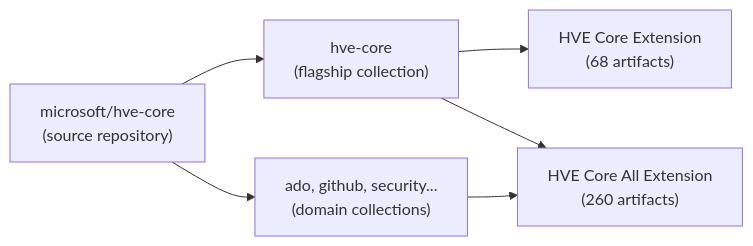
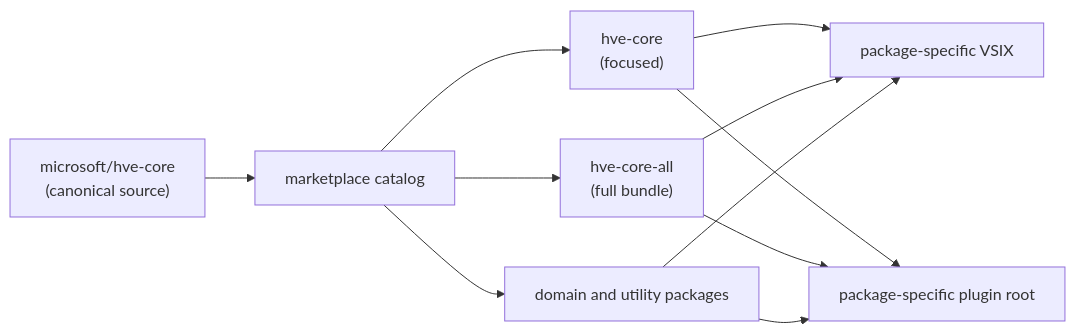
Before and after one commit to MohammedAlkindi/hve-core: the diagram in docs/getting-started/install.md, drawn with Mermaid. The commit also changed other lines of this file and 999 other files, not shown here.

````diff
--- a/docs/getting-started/install.md
+++ b/docs/getting-started/install.md
@@ -80,9 +65,13 @@
 ```mermaid
 graph LR
-    REPO["microsoft/hve-core<br/>(source repository)"]
-    REPO --> C1["hve-core<br/>(flagship collection)"]
-    REPO --> C2["ado, github, security...<br/>(domain collections)"]
-    C1 --> EXT1["HVE Core Extension<br/>(68 artifacts)"]
-    C1 --> EXT2["HVE Core All Extension<br/>(260 artifacts)"]
-    C2 --> EXT2
+   REPO["microsoft/hve-core<br/>(canonical source)"] --> CATALOG["marketplace catalog"]
+   CATALOG --> FOCUSED["hve-core<br/>(focused)"]
+   CATALOG --> FULL["hve-core-all<br/>(full bundle)"]
+   CATALOG --> DOMAIN["domain and utility packages"]
+   FOCUSED --> EXT["package-specific VSIX"]
+   FOCUSED --> PLUGIN["package-specific plugin root"]
+   FULL --> EXT
+   FULL --> PLUGIN
+   DOMAIN --> EXT
+   DOMAIN --> PLUGIN
 ```
````
